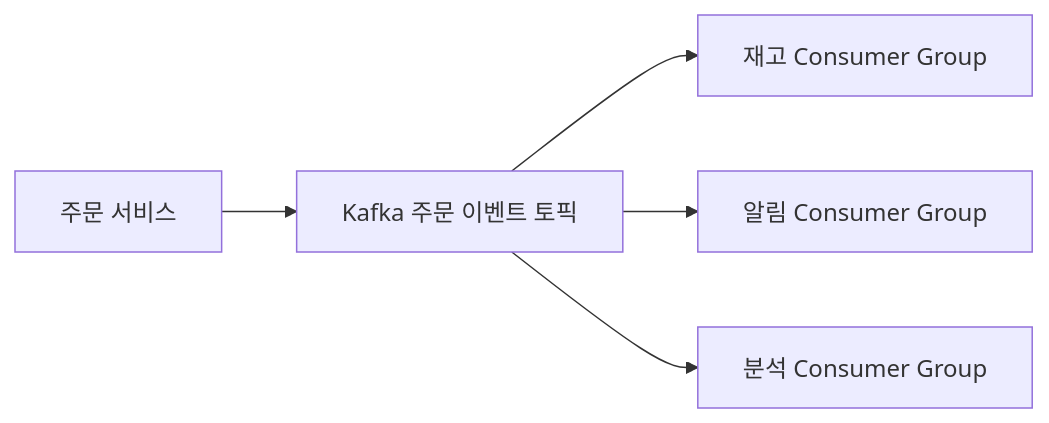
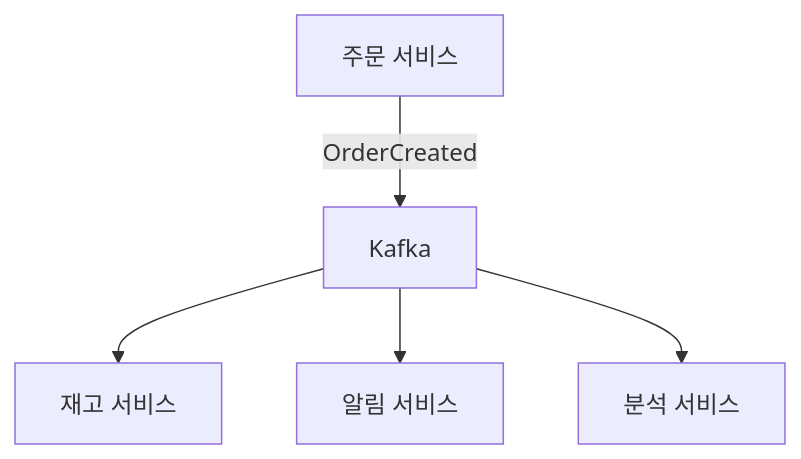
One commit to ysiksik/ysiksik.github.io changed the third of 16 diagrams in _posts/study/smart-learning-ent/kafka-development-strategy-for-beginners/2026-11-02-learn-about-practical-use-cases-for-microservices.md. Above: the diagram before and after it, drawn with Mermaid. The commit also changed other lines of this file and 7 other files, not shown here.

````diff
--- a/_posts/study/smart-learning-ent/kafka-development-strategy-for-beginners/2026-11-02-learn-about-practical-use-cases-for-microservices.md
+++ b/_posts/study/smart-learning-ent/kafka-development-strategy-for-beginners/2026-11-02-learn-about-practical-use-cases-for-microservices.md
@@ -47,7 +262,16 @@
 ```mermaid
-flowchart LR
-    A["주문 서비스"] --> B["Kafka 주문 이벤트 토픽"]
-    B --> C["재고 Consumer Group"]
-    B --> D["알림 Consumer Group"]
-    B --> E["분석 Consumer Group"]
+flowchart TD
+    A["주문 서비스"]
+
+    B["Kafka"]
+
+    C["재고 서비스"]
+    D["알림 서비스"]
+    E["분석 서비스"]
+
+    A -->|"OrderCreated"| B
+
+    B --> C
+    B --> D
+    B --> E
 ```
````
